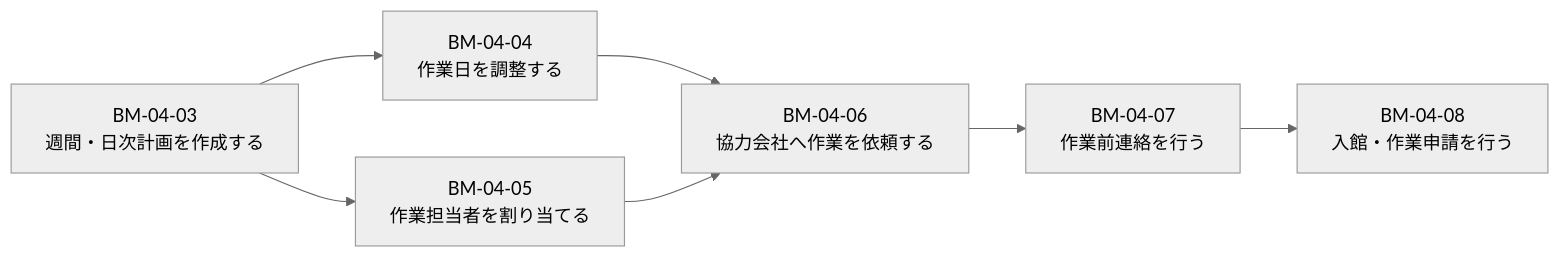
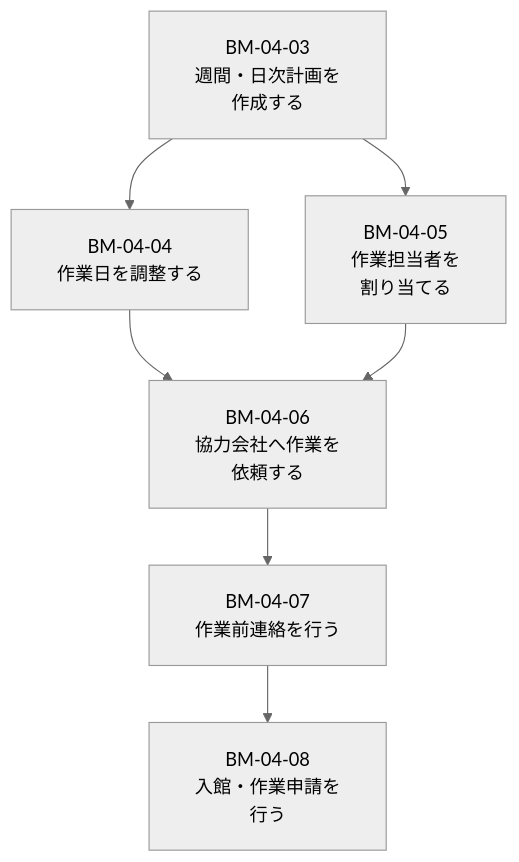
The second of 3 diagrams in src/content/docs/introduction/how-to-use.md (tsumasaki-kurageya/property-management-pdm), drawn with Mermaid (neutral theme) before and after one commit. The commit also changed other lines of this file, not shown here.

Commit message:
Fix guide Mermaid label layout

````diff
--- a/src/content/docs/introduction/how-to-use.md
+++ b/src/content/docs/introduction/how-to-use.md
@@ -89,9 +90,10 @@
 ```mermaid
-flowchart LR
-    A["BM-04-03\n週間・日次計画を作成する"] --> B["BM-04-04\n作業日を調整する"]
-    A --> C["BM-04-05\n作業担当者を割り当てる"]
-    B --> D["BM-04-06\n協力会社へ作業を依頼する"]
+%%{init: {"flowchart": {"htmlLabels": true, "padding": 20}}}%%
+flowchart TB
+    A["BM-04-03<br/>週間・日次計画を<br/>作成する"] --> B["BM-04-04<br/>作業日を調整する"]
+    A --> C["BM-04-05<br/>作業担当者を<br/>割り当てる"]
+    B --> D["BM-04-06<br/>協力会社へ作業を<br/>依頼する"]
     C --> D
-    D --> E["BM-04-07\n作業前連絡を行う"]
-    E --> F["BM-04-08\n入館・作業申請を行う"]
+    D --> E["BM-04-07<br/>作業前連絡を行う"]
+    E --> F["BM-04-08<br/>入館・作業申請を<br/>行う"]
 ```
````
